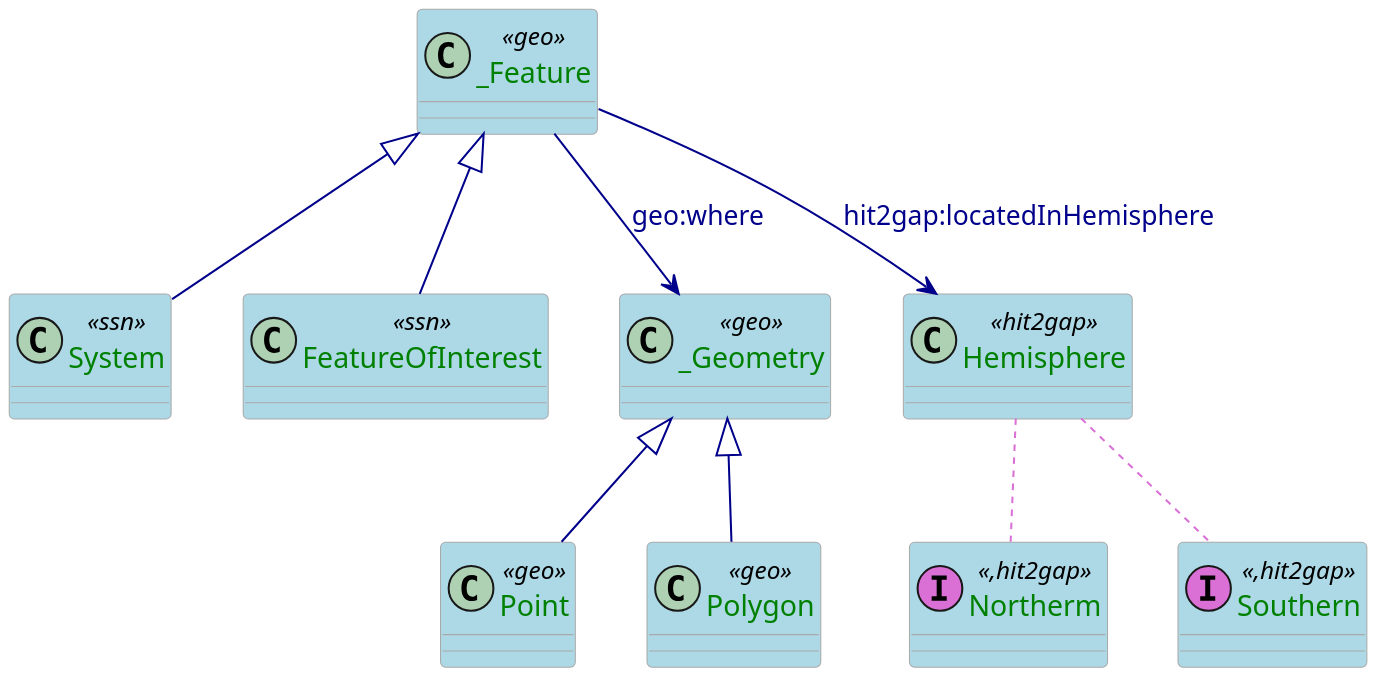
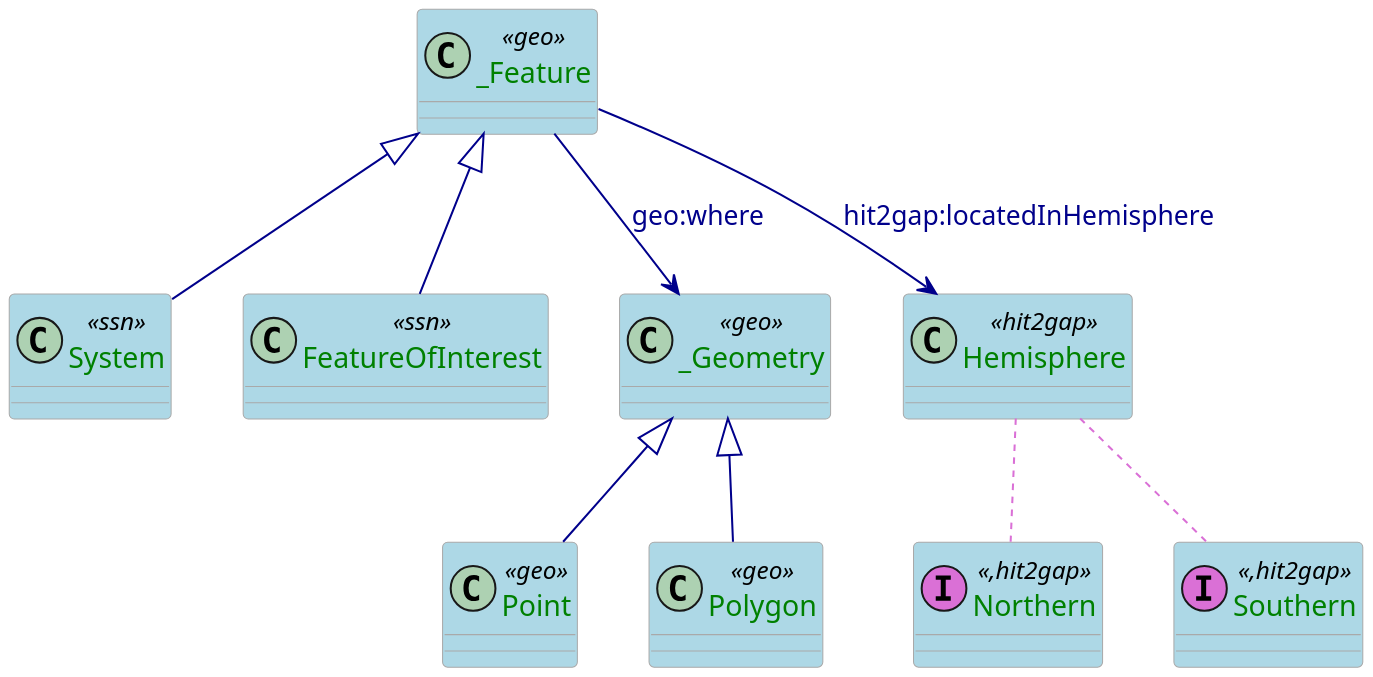
The diagram in docs/plantuml/geo.puml (HIT2GAP-EU-PROJECT/BEMOnt), drawn with PlantUML before and after one commit. The commit also changed 14 other files, not shown here.

```diff
--- a/docs/plantuml/geo.puml
+++ b/docs/plantuml/geo.puml
@@ -1,50 +1,50 @@
 @startuml
 scale 0.7
 
 skinparam class {
   ArrowColor DarkBlue
   ArrowFontColor DarkBlue
   BackgroundColor LightBlue
   BorderColor DarkGrey
 }
 skinparam dpi 300
 skinparam stereotypeCBackgroundColor Wheat
 skinparam classAttributeFontColor  Green
 
 /'
  Definition of the classes referring the SSN-core part
 '/
 class System <<ssn>>
 class FeatureOfInterest <<ssn>>
 
 /'
   Definition of the Geo-core part
 '/
 class _Feature <<geo>>
 class _Geometry <<geo>>
 class Point <<geo>>
 class Polygon <<geo>>
 class Hemisphere <<hit2gap>>
-class Northerm <<(I,orchid),hit2gap>>
+class Northern <<(I,orchid),hit2gap>>
 class Southern <<(I,orchid),hit2gap>>
 
 
 /'
   Definition of the geospatial part using GeoOWL ontology
 '/
 
 _Feature --> _Geometry: geo:where
 _Geometry <|-- Point
 _Geometry <|-- Polygon
 
 _Feature <|-- FeatureOfInterest
 _Feature <|-- System
 
 _Feature --> Hemisphere: hit2gap:locatedInHemisphere
 
-Hemisphere ..[#orchid] Northerm
+Hemisphere ..[#orchid] Northern
 Hemisphere ..[#orchid] Southern
 
 
 
 @enduml
```
